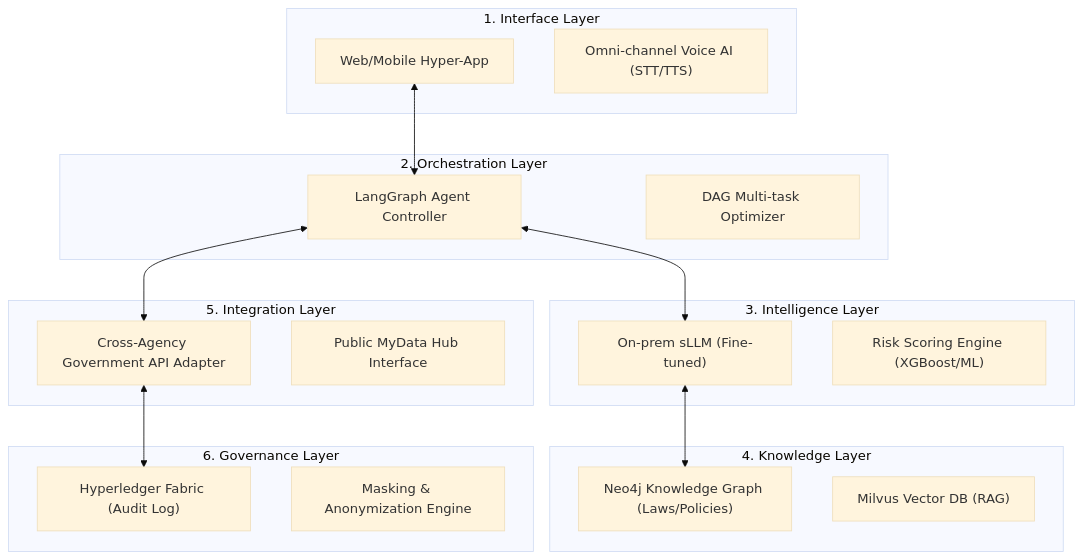
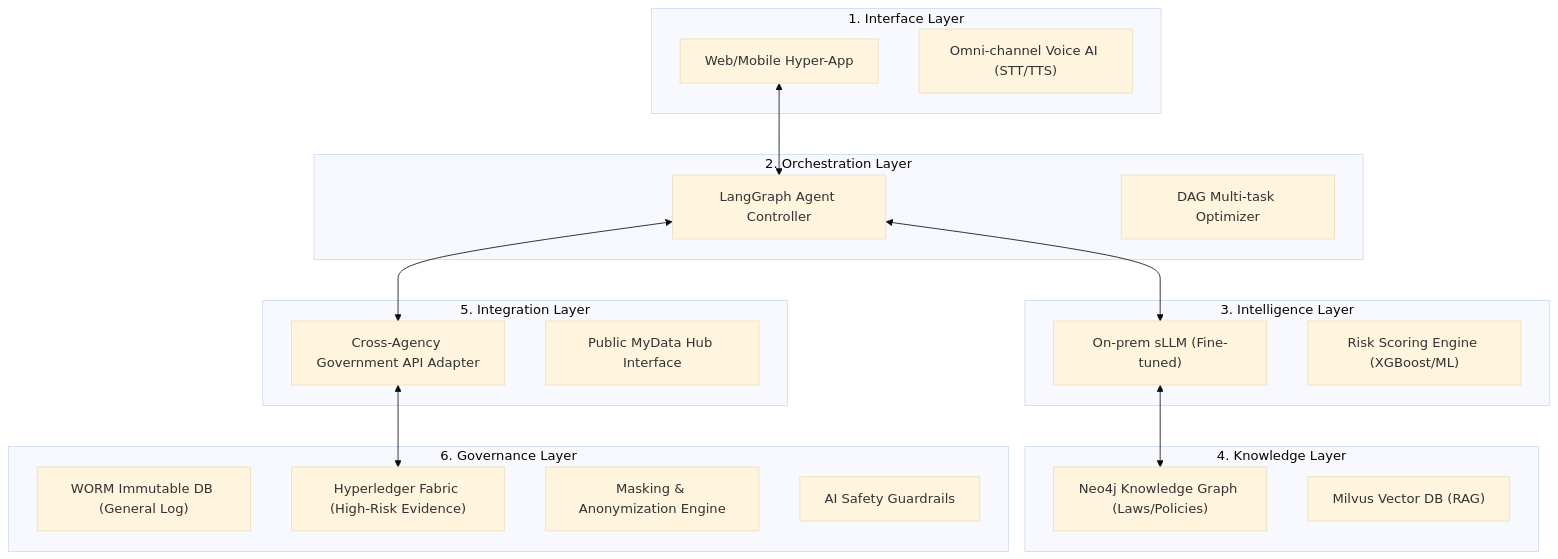
Before and after one commit to SxxMWolf/minwonAI: the diagram in final_comprehensive_proposal.md, drawn with Mermaid (base theme). The commit also changed other lines of this file, not shown here.

````diff
--- a/final_comprehensive_proposal.md
+++ b/final_comprehensive_proposal.md
@@ -144,33 +147,35 @@
 ```mermaid
 graph TD
     subgraph "1. Interface Layer"
         UI["Web/Mobile Hyper-App"]
         Voice["Omni-channel Voice AI (STT/TTS)"]
     end
     subgraph "2. Orchestration Layer"
         Agent["LangGraph Agent Controller"]
         Scenario["DAG Multi-task Optimizer"]
     end
     subgraph "3. Intelligence Layer"
         LLM["On-prem sLLM (Fine-tuned)"]
         Risk["Risk Scoring Engine (XGBoost/ML)"]
     end
     subgraph "4. Knowledge Layer"
         KG["Neo4j Knowledge Graph (Laws/Policies)"]
         Vector["Milvus Vector DB (RAG)"]
     end
     subgraph "5. Integration Layer"
         Adapter["Cross-Agency Government API Adapter"]
         MyData["Public MyData Hub Interface"]
     end
     subgraph "6. Governance Layer"
-        Blockchain["Hyperledger Fabric (Audit Log)"]
+        WORM["WORM Immutable DB (General Log)"]
+        Blockchain["Hyperledger Fabric (High-Risk Evidence)"]
         Privacy["Masking & Anonymization Engine"]
+        Safety["AI Safety Guardrails"]
     end
     
     UI <--> Agent
     Agent <--> LLM
     LLM <--> KG
     Agent <--> Adapter
     Adapter <--> Blockchain
 ```
````
